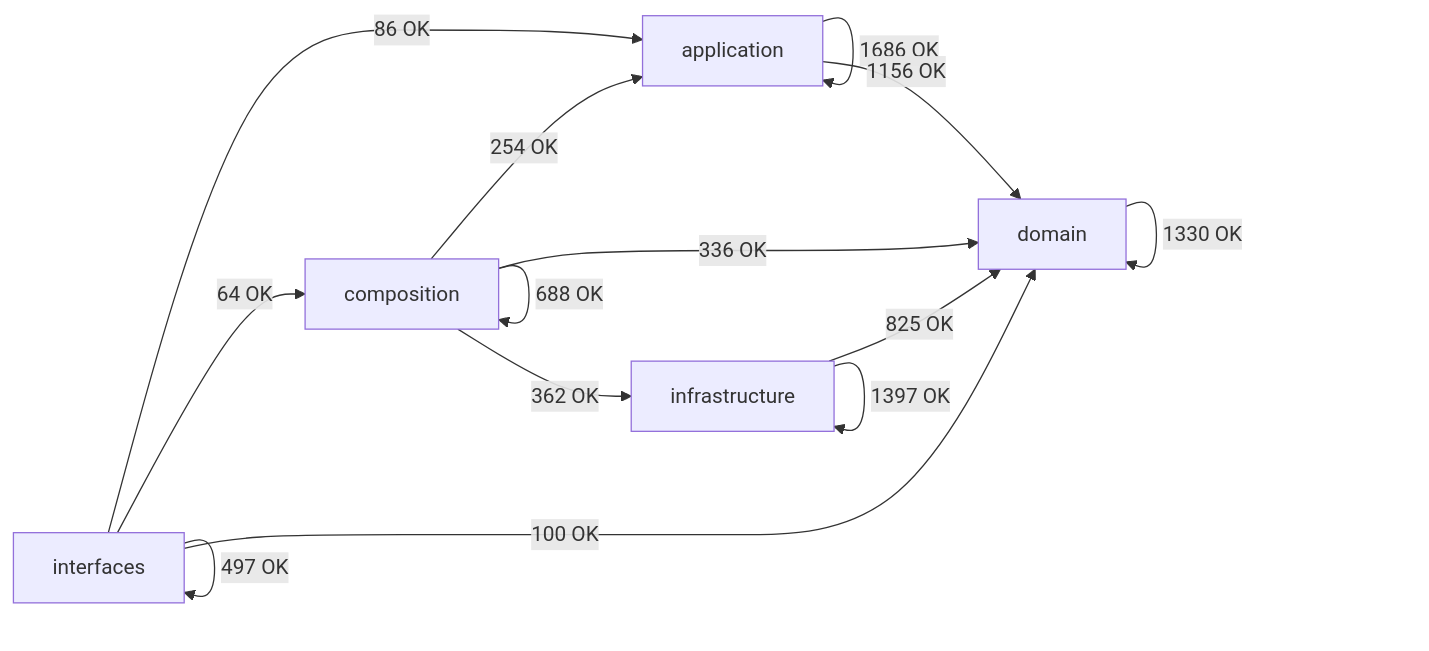
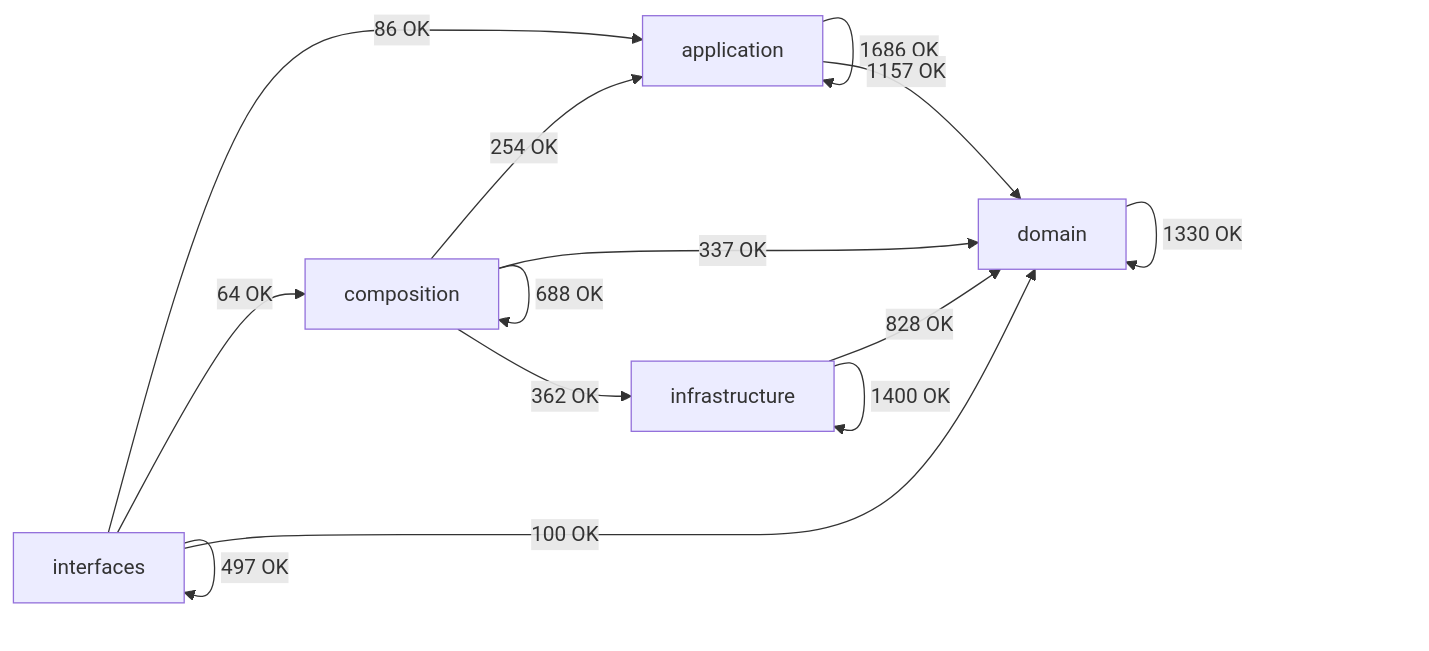
Before and after one commit to SatoryKono/BioactivityDataAcquisition: the diagram in docs/02-architecture/generated/module-dependency-map.md, drawn with Mermaid. The commit also changed other lines of this file and 1 other file, not shown here.

First line of the commit message:
docs(iuphar): refresh the architecture dependency map for the new modules

````diff
--- a/docs/02-architecture/generated/module-dependency-map.md
+++ b/docs/02-architecture/generated/module-dependency-map.md
@@ -17,21 +17,21 @@
 ```mermaid
 flowchart LR
     domain[domain]
     application[application]
     infrastructure[infrastructure]
     composition[composition]
     interfaces[interfaces]
     application -->|1686 OK| application
-    application -->|1156 OK| domain
+    application -->|1157 OK| domain
     composition -->|254 OK| application
     composition -->|688 OK| composition
-    composition -->|336 OK| domain
+    composition -->|337 OK| domain
     composition -->|362 OK| infrastructure
     domain -->|1330 OK| domain
-    infrastructure -->|825 OK| domain
-    infrastructure -->|1397 OK| infrastructure
+    infrastructure -->|828 OK| domain
+    infrastructure -->|1400 OK| infrastructure
     interfaces -->|86 OK| application
     interfaces -->|64 OK| composition
     interfaces -->|100 OK| domain
     interfaces -->|497 OK| interfaces
 ```
````
